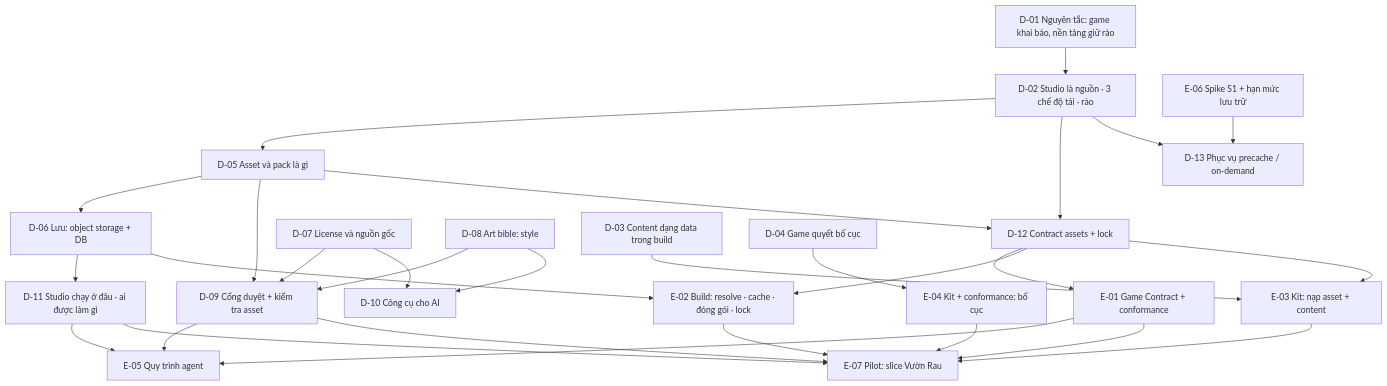
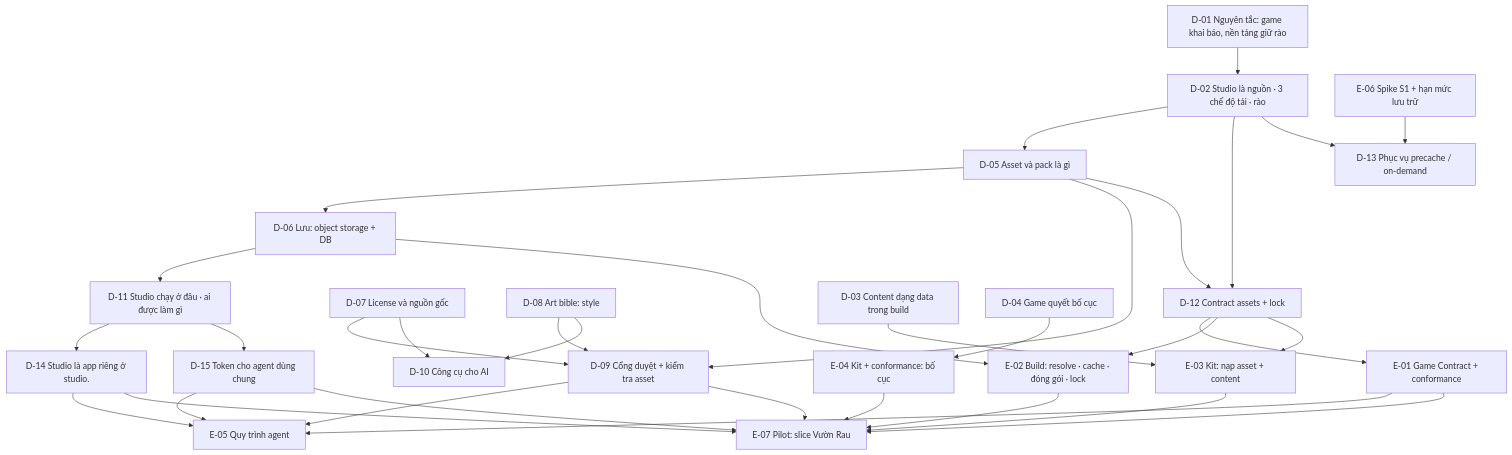
Before and after one commit to vinh466/tohe-play: the diagram in plans/asset-studio/map.md, drawn with Mermaid. The commit also changed other lines of this file and 8 other files, not shown here.

First line of the commit message:
plan(asset-studio): D-11 decided; D-14 Studio as its own app, D-15 agent tokens proposed

````diff
--- a/plans/asset-studio/map.md
+++ b/plans/asset-studio/map.md
@@ -6,31 +6,35 @@
 ```mermaid
 flowchart TD
   D01[D-01 Nguyên tắc: game khai báo, nền tảng giữ rào] --> D02[D-02 Studio là nguồn · 3 chế độ tải · rào]
   D02 --> D05[D-05 Asset và pack là gì]
   D02 --> D12[D-12 Contract assets + lock]
   D02 --> D13[D-13 Phục vụ precache / on-demand]
   D05 --> D06[D-06 Lưu: object storage + DB]
   D05 --> D09[D-09 Cổng duyệt + kiểm tra asset]
   D05 --> D12
   D07[D-07 License và nguồn gốc] --> D09
   D07 --> D10[D-10 Công cụ cho AI]
   D08[D-08 Art bible: style] --> D09
   D08 --> D10
   D06 --> D11[D-11 Studio chạy ở đâu · ai được làm gì]
   D12 --> E01[E-01 Game Contract + conformance]
   D06 --> E02[E-02 Build: resolve · cache · đóng gói · lock]
   D12 --> E02
   D03[D-03 Content dạng data trong build] --> E03[E-03 Kit: nạp asset + content]
   D12 --> E03
   D04[D-04 Game quyết bố cục] --> E04[E-04 Kit + conformance: bố cục]
   E01 --> E05[E-05 Quy trình agent]
   D09 --> E05
-  D11 --> E05
-  D11 --> E07
+  D11 --> D14[D-14 Studio là app riêng ở studio.]
+  D11 --> D15[D-15 Token cho agent dùng chung]
+  D14 --> E05
+  D14 --> E07
+  D15 --> E05
+  D15 --> E07
   E06[E-06 Spike S1 + hạn mức lưu trữ] --> D13
   E01 --> E07[E-07 Pilot: slice Vườn Rau]
   E02 --> E07
   E03 --> E07
   E04 --> E07
   D09 --> E07
 ```
````
